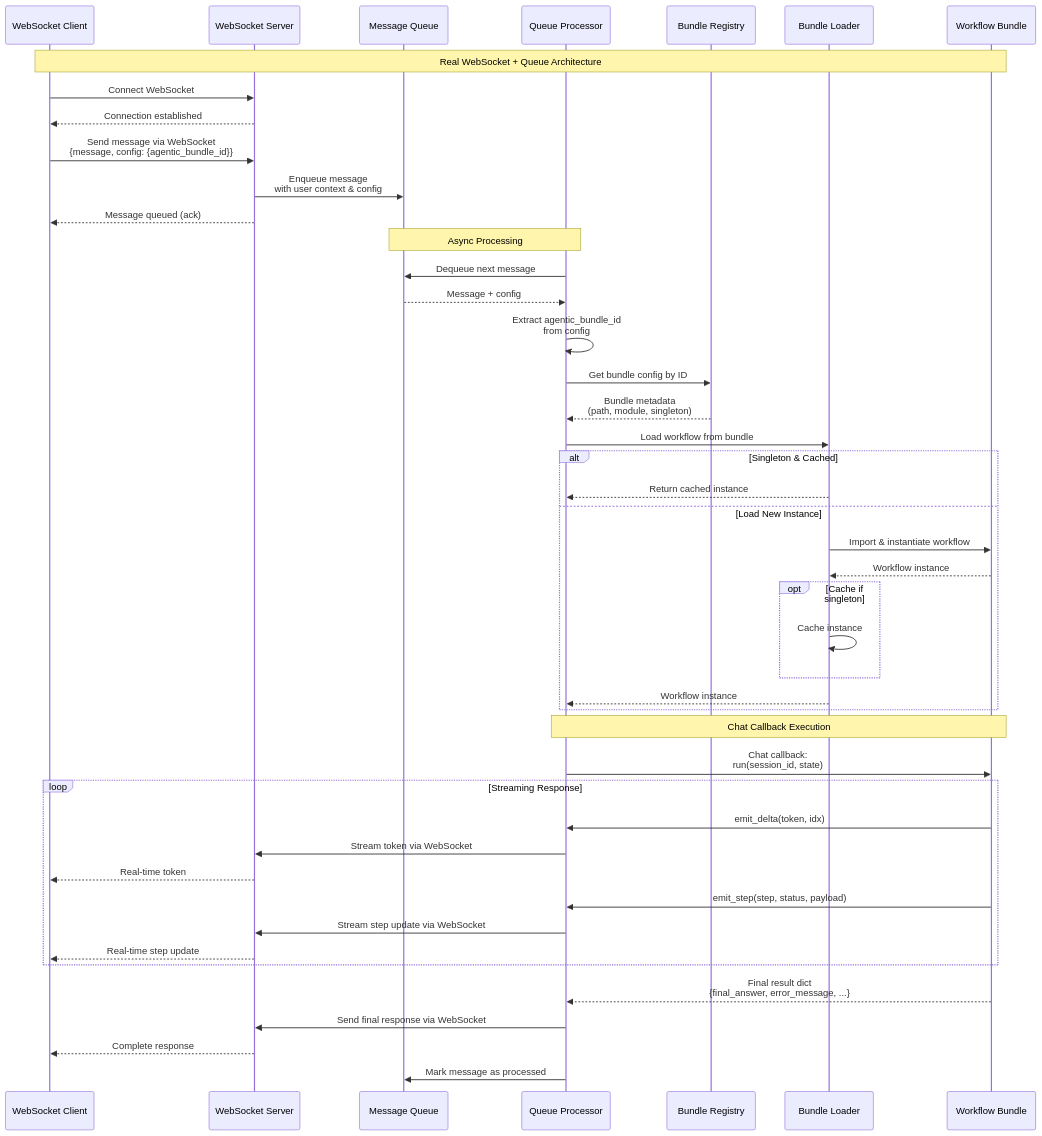
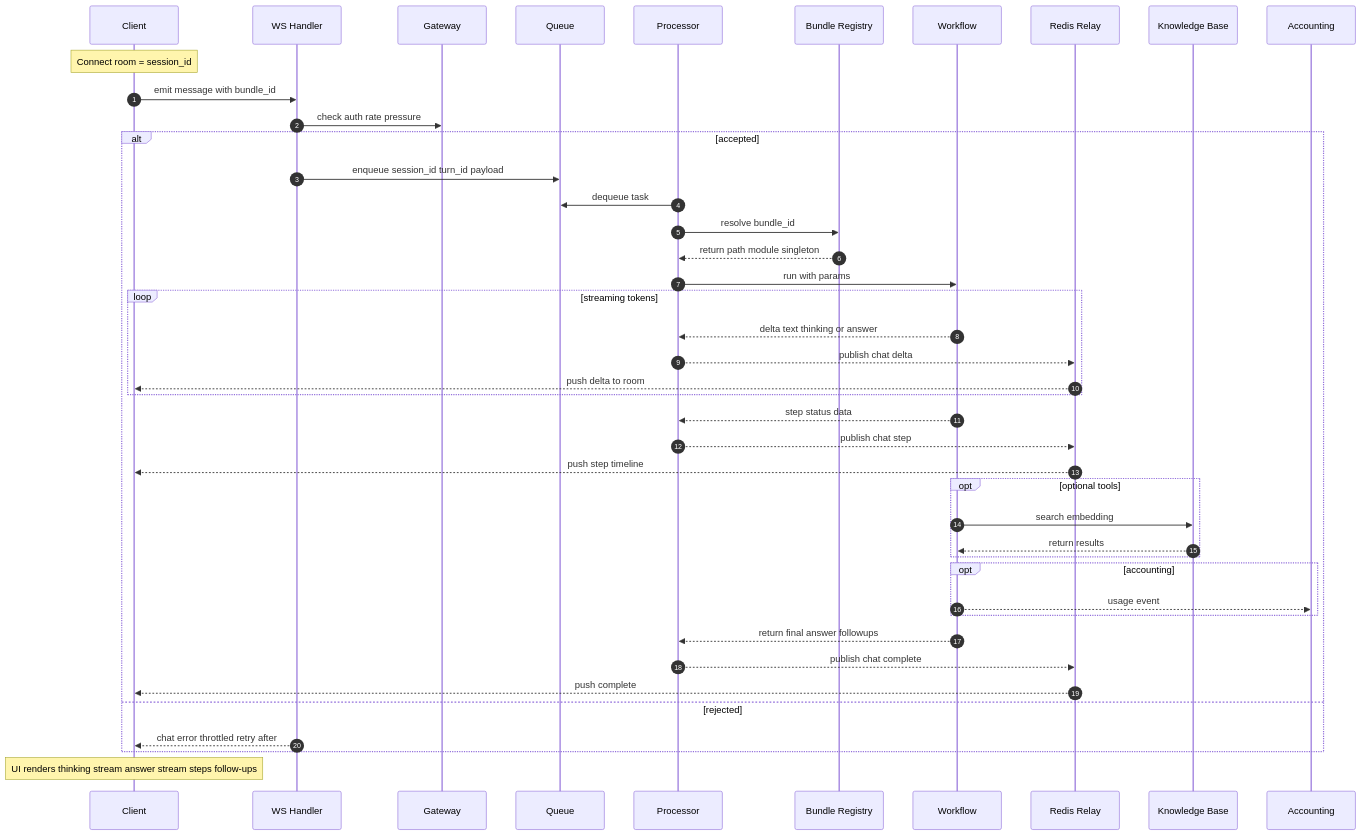
One commit to elenaviter/kdcube-ai-app changed the second of 2 diagrams in app/ai-app/services/kdcube-ai-app/kdcube_ai_app/infra/plugin/README.md. Above: the diagram before and after it, drawn with Mermaid. The commit also changed other lines of this file and 98 other files, not shown here.

````diff
--- a/app/ai-app/services/kdcube-ai-app/kdcube_ai_app/infra/plugin/README.md
+++ b/app/ai-app/services/kdcube-ai-app/kdcube_ai_app/infra/plugin/README.md
@@ -21,64 +373,53 @@
 ```mermaid
 sequenceDiagram
-    participant Client as WebSocket Client
-    participant WS as WebSocket Server
-    participant Queue as Message Queue
-    participant Processor as Queue Processor
-    participant Registry as Bundle Registry
-    participant Loader as Bundle Loader
-    participant Bundle as Workflow Bundle
-    
-    Note over Client,Bundle: Real WebSocket + Queue Architecture
-    
-    Client->>WS: Connect WebSocket
-    WS-->>Client: Connection established
-    
-    Client->>WS: Send message via WebSocket<br/>{message, config: {agentic_bundle_id}}
-    
-    WS->>Queue: Enqueue message<br/>with user context & config
-    WS-->>Client: Message queued (ack)
-    
-    Note over Queue,Processor: Async Processing
-    
-    Processor->>Queue: Dequeue next message
-    Queue-->>Processor: Message + config
-    
-    Processor->>Processor: Extract agentic_bundle_id<br/>from config
-    
-    Processor->>Registry: Get bundle config by ID
-    Registry-->>Processor: Bundle metadata<br/>(path, module, singleton)
-    
-    Processor->>Loader: Load workflow from bundle
-    
-    alt Singleton & Cached
-        Loader-->>Processor: Return cached instance
-    else Load New Instance
-        Loader->>Bundle: Import & instantiate workflow
-        Bundle-->>Loader: Workflow instance
-        opt Cache if singleton
-            Loader->>Loader: Cache instance
+    autonumber
+    participant UI as Client
+    participant WS as WS Handler
+    participant GW as Gateway
+    participant Q as Queue
+    participant P as Processor
+    participant REG as Bundle Registry
+    participant WF as Workflow
+    participant R as Redis Relay
+    participant KB as Knowledge Base
+    participant AC as Accounting
+
+    Note over UI: Connect room = session_id
+    UI->>WS: emit message with bundle_id
+    WS->>GW: check auth rate pressure
+
+    alt accepted
+        WS->>Q: enqueue session_id turn_id payload
+        P->>Q: dequeue task
+        P->>REG: resolve bundle_id
+        REG-->>P: return path module singleton
+        P->>WF: run with params
+
+        loop streaming tokens
+            WF-->>P: delta text thinking or answer
+            P-->>R: publish chat delta
+            R-->>UI: push delta to room
         end
-        Loader-->>Processor: Workflow instance
+
+        WF-->>P: step status data
+        P-->>R: publish chat step
+        R-->>UI: push step timeline
+
+        opt optional tools
+            WF->>KB: search embedding
+            KB-->>WF: return results
+        end
+
+        opt accounting
+            WF-->>AC: usage event
+        end
+
+        WF-->>P: return final answer followups
+        P-->>R: publish chat complete
+        R-->>UI: push complete
+    else rejected
+        WS-->>UI: chat error throttled retry after
     end
-    
-    Note over Processor,Bundle: Chat Callback Execution
-    
-    Processor->>Bundle: Chat callback:<br/>run(session_id, state)
-    
-    loop Streaming Response
-        Bundle->>Processor: emit_delta(token, idx)
-        Processor->>WS: Stream token via WebSocket
-        WS-->>Client: Real-time token
-        
-        Bundle->>Processor: emit_step(step, status, payload)  
-        Processor->>WS: Stream step update via WebSocket
-        WS-->>Client: Real-time step update
-    end
-    
-    Bundle-->>Processor: Final result dict<br/>{final_answer, error_message, ...}
-    
-    Processor->>WS: Send final response via WebSocket
-    WS-->>Client: Complete response
-    
-    Processor->>Queue: Mark message as processed
+
+    Note over UI: UI renders thinking stream answer stream steps follow-ups
 ```
````
